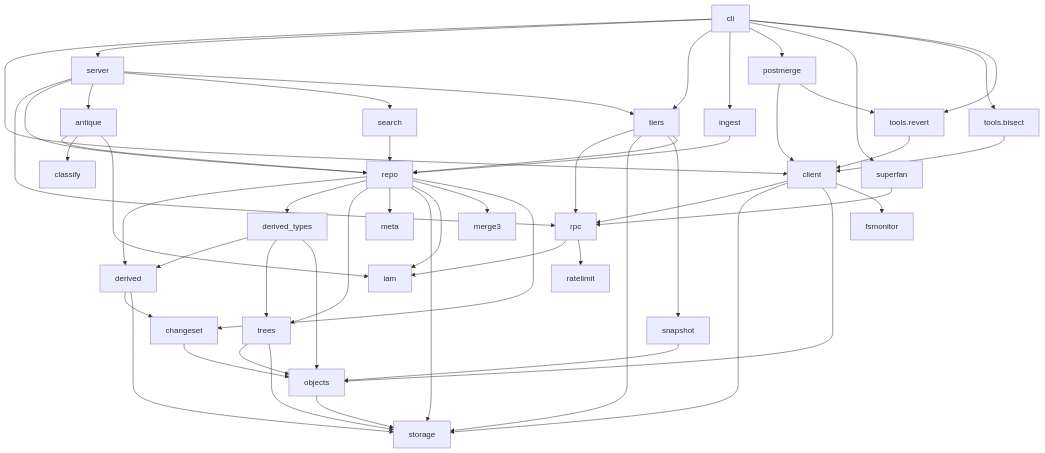
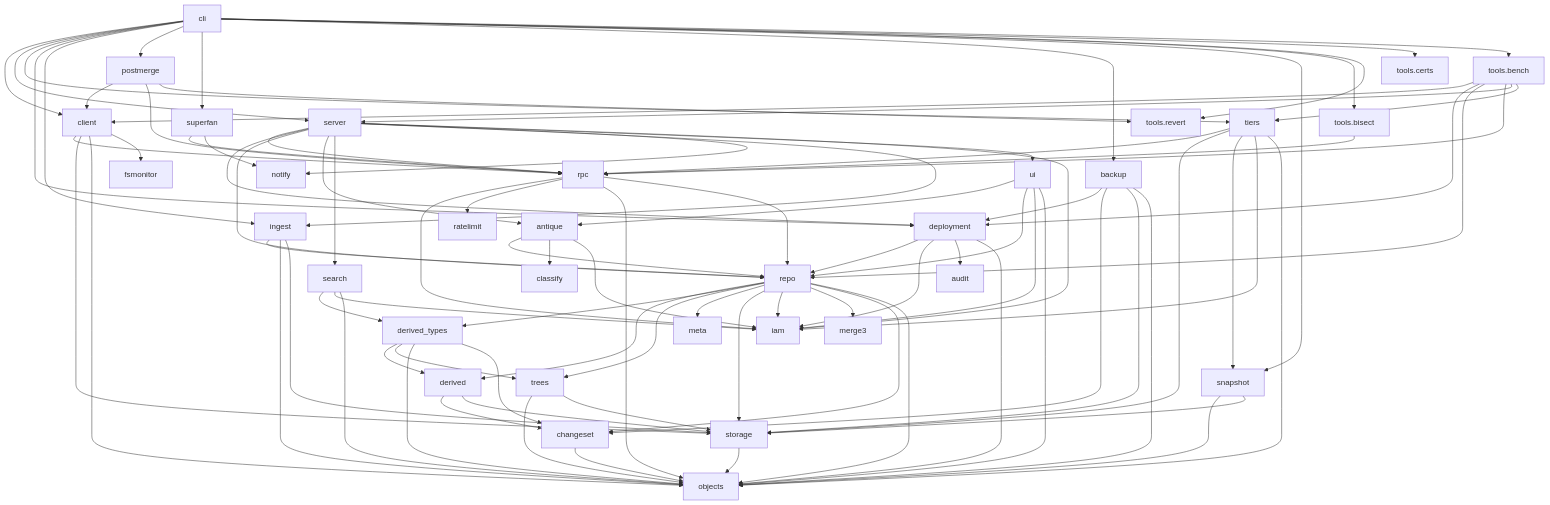
Before and after one commit to Space-Trucker/AIresume: the fourth of 25 diagrams in scion/docs/design/06-uml.md, drawn with Mermaid. The commit also changed other lines of this file and 43 other files, not shown here.

````diff
--- a/scion/docs/design/06-uml.md
+++ b/scion/docs/design/06-uml.md
@@ -261,28 +264,28 @@
 ```mermaid
 flowchart TB
-  objects --> storage
+  storage --> objects
   changeset --> objects
-  meta
   trees --> objects & storage
   derived --> changeset & storage
-  derived_types --> derived & trees & objects
-  merge3
-  repo --> derived & derived_types & trees & meta & storage & iam & merge3 & changeset
-  iam
-  ratelimit
-  rpc --> iam & ratelimit
-  search --> repo
-  classify
+  derived_types --> derived & trees & objects & changeset
+  repo --> derived & derived_types & trees & meta & storage & iam & merge3 & changeset & objects
+  deployment --> repo & iam & audit & objects
+  rpc --> iam & ratelimit & objects & repo
+  search --> derived_types & iam & objects
+  snapshot --> objects & storage
+  tiers --> rpc & storage & snapshot & iam & objects
   antique --> repo & classify & iam
-  server --> rpc & repo & antique & search & tiers
-  snapshot --> objects
-  tiers --> rpc & storage & snapshot & repo
-  fsmonitor
+  ui --> antique & repo & iam & objects
+  server --> rpc & deployment & repo & antique & search & ingest & notify & ui & iam
   client --> rpc & storage & objects & fsmonitor
-  ingest --> repo
-  tools_bisect[tools.bisect] --> client
-  tools_revert[tools.revert] --> client
-  postmerge --> client & tools_revert
-  superfan --> rpc
-  cli --> client & server & tiers & ingest & postmerge & superfan & tools_bisect & tools_revert
+  ingest --> repo & objects & storage
+  backup --> deployment & changeset & storage & objects
+  tools_bisect[tools.bisect] --> rpc
+  tools_revert[tools.revert]
+  tools_certs[tools.certs]
+  tools_bench[tools.bench] --> client & deployment & repo & rpc & server & tiers
+  postmerge --> client & rpc & tools_revert
+  superfan --> rpc & notify
+  cli --> client & server & tiers & deployment & ingest & postmerge & superfan & backup & snapshot
+  cli --> tools_bisect & tools_revert & tools_certs & tools_bench
 ```
````
